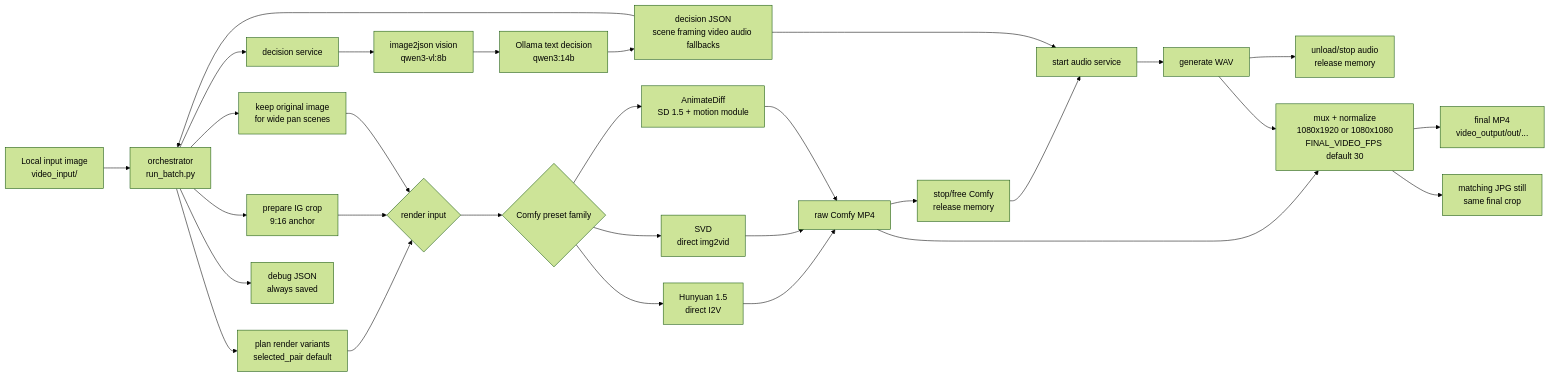
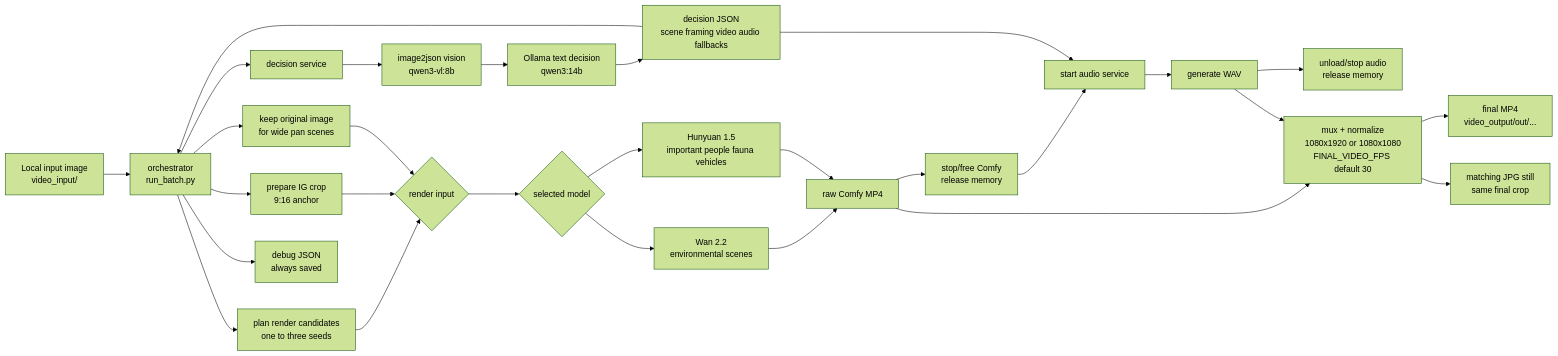
The diagram in README.md (lemaxw/image2videoAWSIG), drawn with Mermaid (forest theme) before and after one commit. The commit also changed other lines of this file and 34 other files, not shown here.

Commit message:
re-organization, new architecture, includes improvements in semantic prompt and decision flow.

````diff
--- a/README.md
+++ b/README.md
@@ -38,40 +38,38 @@
 ```mermaid
 flowchart LR
     A[Local input image<br/>video_input/] --> B[orchestrator<br/>run_batch.py]
 
     B --> C[decision service]
     C --> C1[image2json vision<br/>qwen3-vl:8b]
     C1 --> C2[Ollama text decision<br/>qwen3:14b]
     C2 --> D[decision JSON<br/>scene framing video audio fallbacks]
     D --> B
 
     B --> E[prepare IG crop<br/>9:16 anchor]
     B --> F[keep original image<br/>for wide pan scenes]
-    B --> G[plan render variants<br/>selected_pair default]
+    B --> G[plan render candidates<br/>one to three seeds]
 
     G --> H{render input}
     E --> H
     F --> H
 
-    H --> I{Comfy preset family}
-    I --> J[Hunyuan 1.5<br/>direct I2V]
-    I --> K[SVD<br/>direct img2vid]
-    I --> L[AnimateDiff<br/>SD 1.5 + motion module]
+    H --> I{selected model}
+    I --> J[Wan 2.2<br/>environmental scenes]
+    I --> K[Hunyuan 1.5<br/>important people fauna vehicles]
 
     J --> M[raw Comfy MP4]
     K --> M
-    L --> M
 
     M --> N[stop/free Comfy<br/>release memory]
     N --> O[start audio service]
     D --> O
     O --> P[generate WAV]
     P --> Q[unload/stop audio<br/>release memory]
 
     M --> R[mux + normalize<br/>1080x1920 or 1080x1080<br/>FINAL_VIDEO_FPS default 30]
     P --> R
     R --> S[final MP4<br/>video_output/out/...]
     R --> T[matching JPG still<br/>same final crop]
 
     B --> U[debug JSON<br/>always saved]
 ```
````
